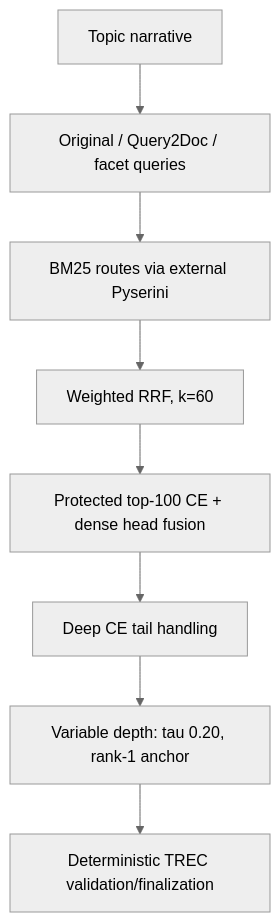
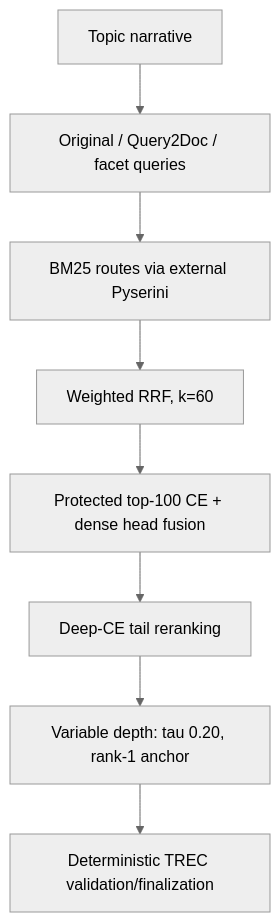
Before and after one commit to Itzel0115/cfda-trec-rag-2026: the first of 2 diagrams in docs/architecture.md, drawn with Mermaid (neutral theme). The commit also changed other lines of this file and 11 other files, not shown here.

````diff
--- a/docs/architecture.md
+++ b/docs/architecture.md
@@ -9,10 +9,10 @@
-```mermaid
+~~~mermaid
 flowchart TD
   T[Topic narrative] --> Q[Original / Query2Doc / facet queries]
   Q --> B[BM25 routes via external Pyserini]
   B --> F[Weighted RRF, k=60]
   F --> H[Protected top-100 CE + dense head fusion]
-  H --> D[Deep CE tail handling]
+  H --> D[Deep-CE tail reranking]
   D --> K[Variable depth: tau 0.20, rank-1 anchor]
   K --> V[Deterministic TREC validation/finalization]
-```
+~~~
````
